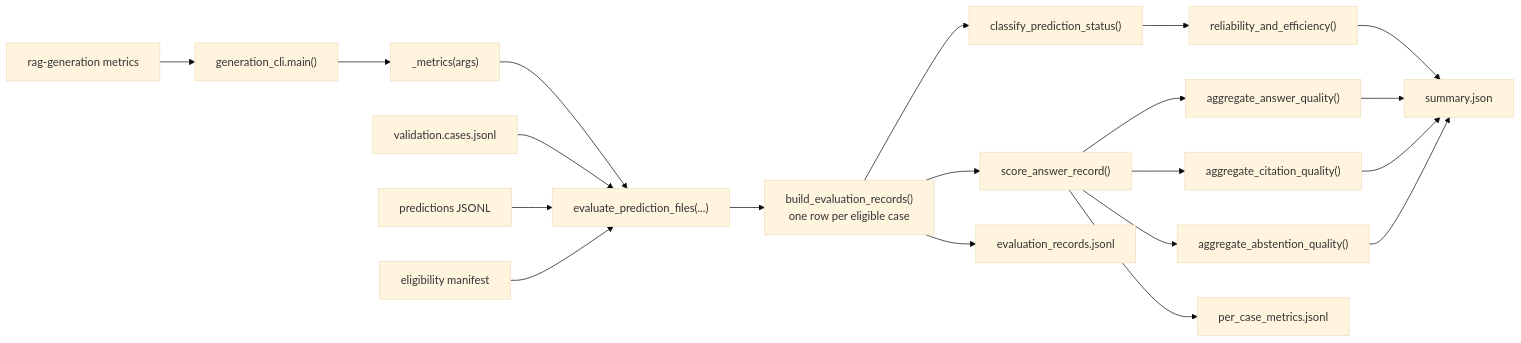
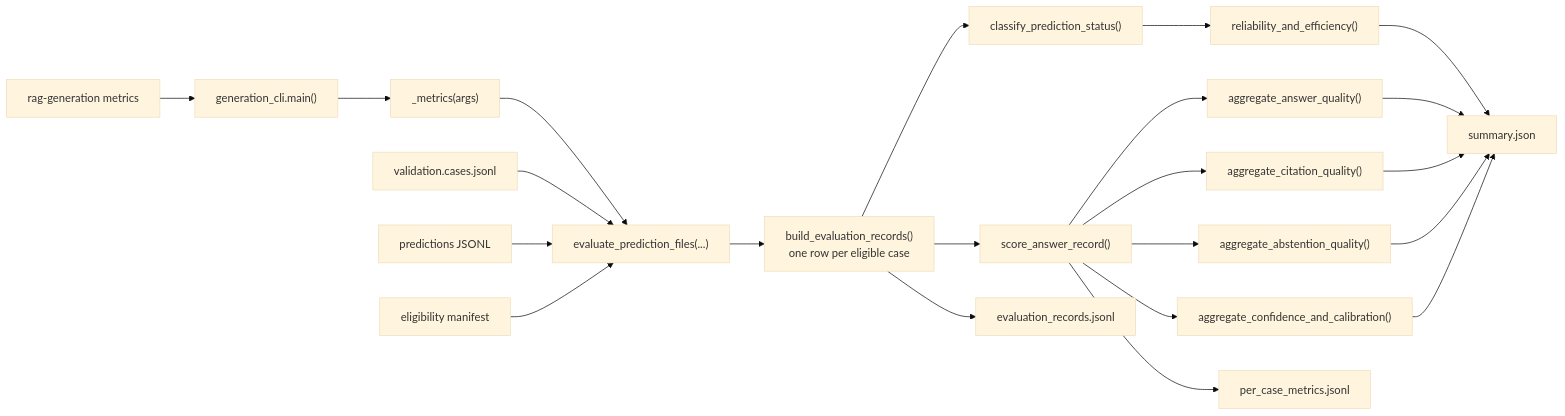
One commit to AaronYXZ/Financial_RAG changed the fourth of 4 diagrams in generation_smoke_test_execution.md. Above: the diagram before and after it, drawn with Mermaid (base theme). The commit also changed other lines of this file and 5 other files, not shown here.

````diff
--- a/generation_smoke_test_execution.md
+++ b/generation_smoke_test_execution.md
@@ -532,22 +532,24 @@
 ```mermaid
 flowchart LR
     Command["rag-generation metrics"] --> Main["generation_cli.main()"]
     Main --> Handler["_metrics(args)"]
     Handler --> Evaluate["evaluate_prediction_files(...)"]
     Cases["validation.cases.jsonl"] --> Evaluate
     Predictions["predictions JSONL"] --> Evaluate
     Eligibility["eligibility manifest"] --> Evaluate
     Evaluate --> Join["build_evaluation_records()<br/>one row per eligible case"]
     Join --> Status["classify_prediction_status()"]
     Join --> Quality["score_answer_record()"]
     Status --> Reliability["reliability_and_efficiency()"]
     Quality --> Aggregate["aggregate_answer_quality()"]
     Quality --> Citations["aggregate_citation_quality()"]
     Quality --> Abstention["aggregate_abstention_quality()"]
+    Quality --> Confidence["aggregate_confidence_and_calibration()"]
     Reliability --> Summary["summary.json"]
     Aggregate --> Summary
     Citations --> Summary
     Abstention --> Summary
+    Confidence --> Summary
     Join --> Records["evaluation_records.jsonl"]
     Quality --> PerCase["per_case_metrics.jsonl"]
 ```
````
